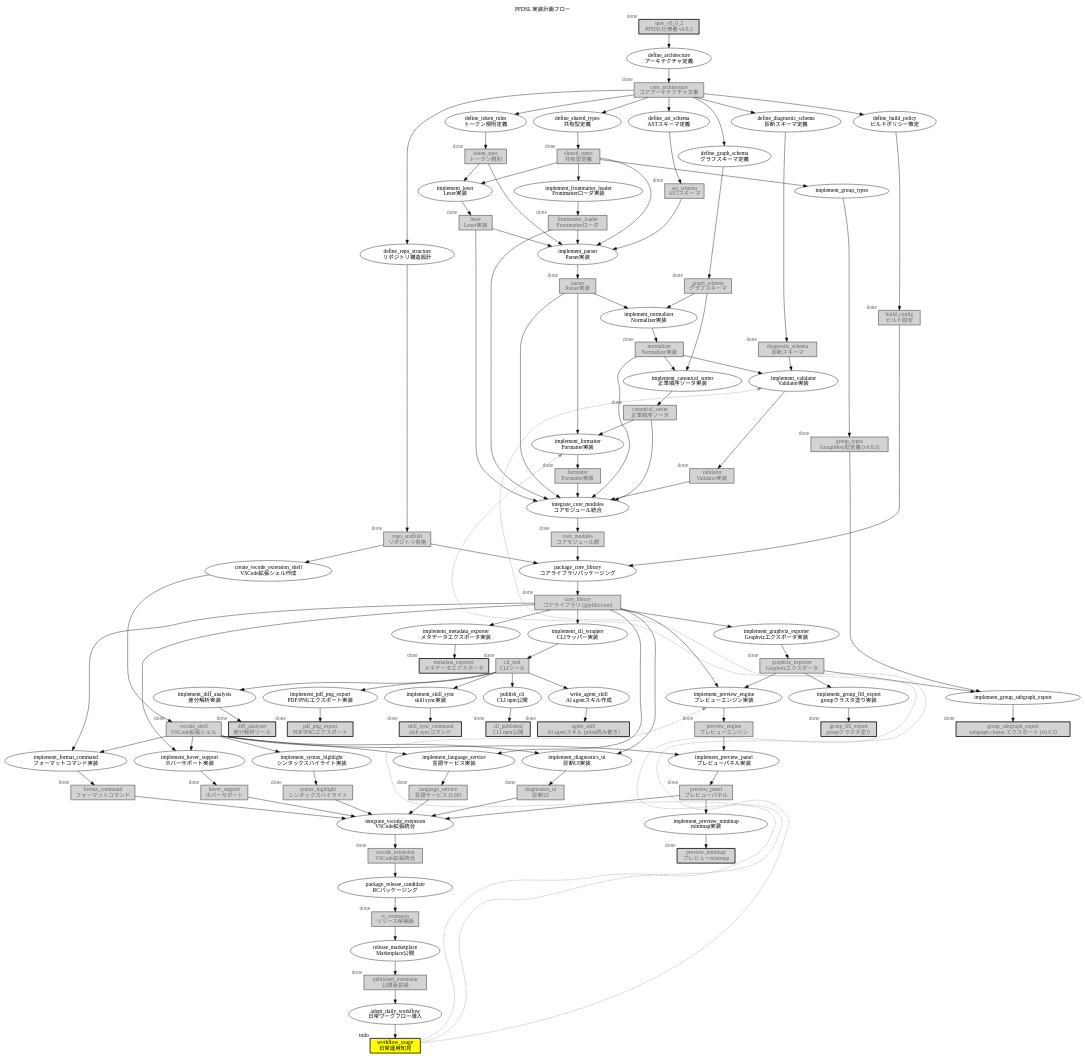
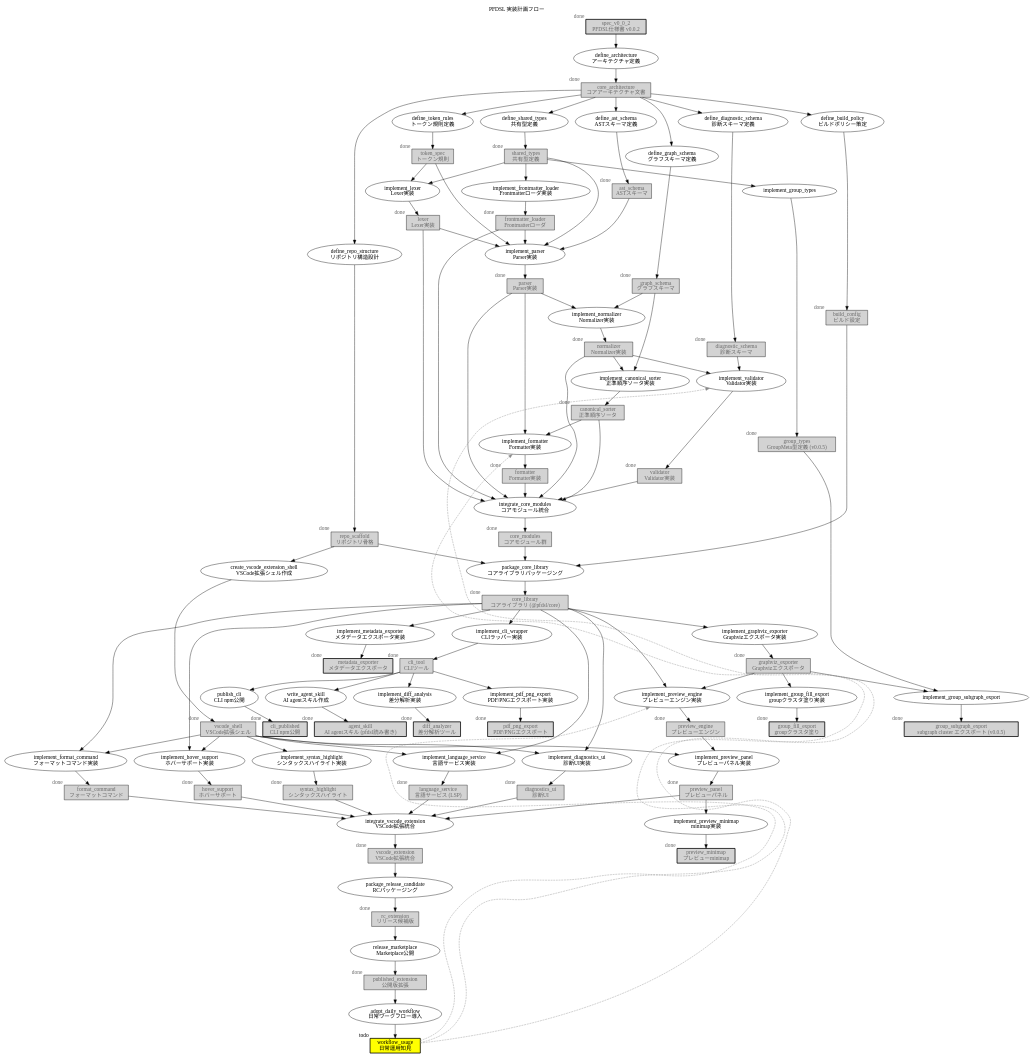
One commit to takasek/pfdsl changed the diagram in docs/samples/pfdsl_implementation_flow.dot. Above: the diagram before and after it, drawn with Graphviz. The commit also changed 7 other files, not shown here.

Commit message:
docs(samples): remove obsolete skill sync guidance

```diff
--- a/docs/samples/pfdsl_implementation_flow.dot
+++ b/docs/samples/pfdsl_implementation_flow.dot
@@ -56,7 +56,6 @@
   "implement_preview_engine" [shape=ellipse, label="implement_preview_engine\nプレビューエンジン実装", width=2.70];
   "implement_preview_minimap" [shape=ellipse, label="implement_preview_minimap\nminimap実装", width=2.80];
   "implement_preview_panel" [shape=ellipse, label="implement_preview_panel\nプレビューパネル実装", width=2.60];
-  "implement_skill_sync" [shape=ellipse, label="implement_skill_sync\nskill sync実装", width=2.30];
   "implement_syntax_highlight" [shape=ellipse, label="implement_syntax_highlight\nシンタックスハイライト実装", width=2.90];
   "implement_validator" [shape=ellipse, label="implement_validator\nValidator実装", width=2.20];
   "integrate_core_modules" [shape=ellipse, label="integrate_core_modules\nコアモジュール統合", width=2.50];
@@ -78,7 +77,6 @@
   "release_marketplace" [shape=ellipse, label="release_marketplace\nMarketplace公開", width=2.20];
   "repo_scaffold" [shape=box, label="repo_scaffold\nリポジトリ骨格", width=1.70, xlabel="done", fillcolor="lightgray", fontcolor="dimgray", style="filled"];
   "shared_types" [shape=box, label="shared_types\n共有型定義", width=1.50, xlabel="done", fillcolor="lightgray", fontcolor="dimgray", style="filled"];
-  "skill_sync_command" [shape=box, label="skill_sync_command\nskill syncコマンド", tooltip="skill syncコマンド\n\n`pfdsl skill sync pfd-ops`。外部採用リポの pfd-ops を一発最新化。npm同梱（tsup onSuccessで dist/skills/pfd-ops へコピー）+ L3採用済み判定で install/ 条件付き上書き + L4 scaffold + gh ラベル確認。consumer = 外部プロジェクトでの pfd-ops 運用（#90、設計 docs/superpowers/specs/2026-06-16-pfd-ops-sync-command-design.md）。v0.0.5 で公開予定", width=2.10, xlabel="done", fillcolor="lightgray", fontcolor="dimgray", style="filled", penwidth="2"];
   "spec_v0_0_2" [shape=box, label="spec_v0_0_2\nPFDSL仕様書 v0.0.2", width=2.10, xlabel="done", fillcolor="lightgray", fontcolor="dimgray", style="filled", penwidth="2"];
   "syntax_highlight" [shape=box, label="syntax_highlight\nシンタックスハイライト", width=2.50, xlabel="done", fillcolor="lightgray", fontcolor="dimgray", style="filled"];
   "token_spec" [shape=box, label="token_spec\nトークン規則", width=1.50, xlabel="done", fillcolor="lightgray", fontcolor="dimgray", style="filled"];
@@ -197,8 +195,6 @@
   "implement_group_fill_export" -> "group_fill_export";
   "preview_panel" -> "implement_preview_minimap";
   "implement_preview_minimap" -> "preview_minimap";
-  "cli_tool" -> "implement_skill_sync";
-  "implement_skill_sync" -> "skill_sync_command";
   "workflow_usage" -> "implement_validator" [style=dashed, color="#888888", constraint=false];
   "workflow_usage" -> "implement_formatter" [style=dashed, color="#888888", constraint=false];
   "workflow_usage" -> "implement_preview_engine" [style=dashed, color="#888888", constraint=false];
```
